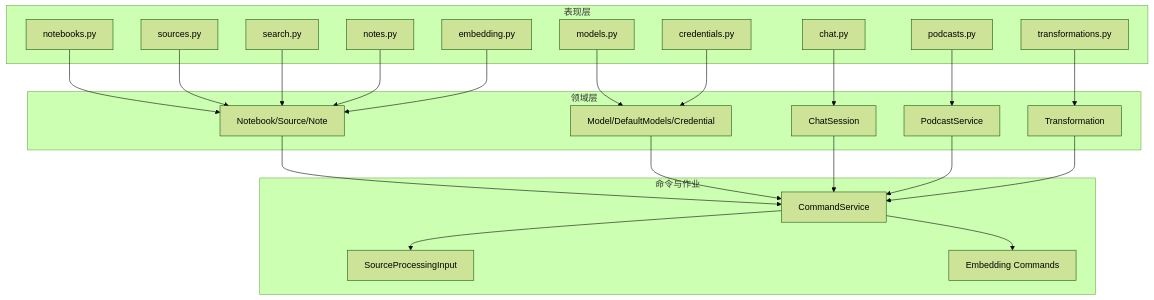
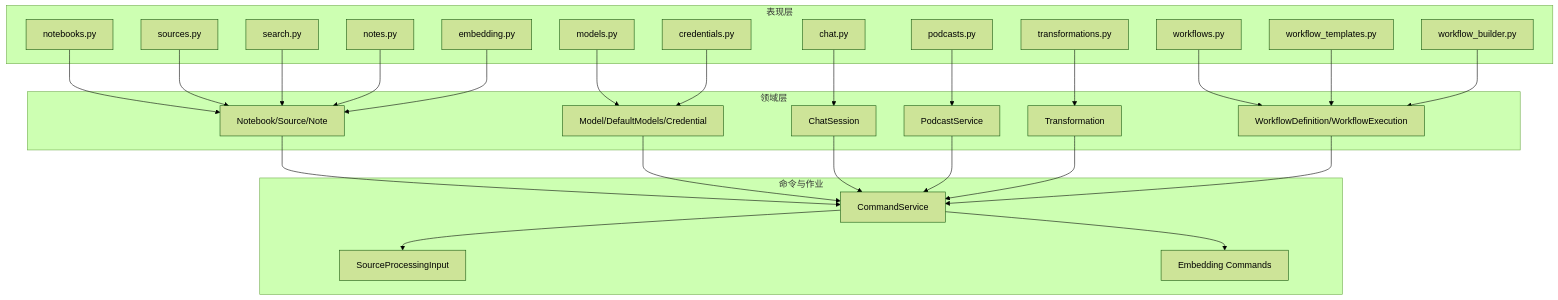
Before and after one commit to jackeyunjie/open-notebook: the second of 4 diagrams in .qoder/repowiki/zh/content/API参考文档/API参考文档.md, drawn with Mermaid (forest theme). The commit also changed other lines of this file and 24 other files, not shown here.

````diff
--- a/.qoder/repowiki/zh/content/API参考文档/API参考文档.md
+++ b/.qoder/repowiki/zh/content/API参考文档/API参考文档.md
@@ -98,44 +107,52 @@
 ```mermaid
 graph TB
 subgraph "表现层"
 R1["notebooks.py"]
 R2["sources.py"]
 R3["search.py"]
 R4["chat.py"]
 R5["podcasts.py"]
 R6["notes.py"]
 R7["models.py"]
 R8["embedding.py"]
 R9["transformations.py"]
 R10["credentials.py"]
+R11["workflows.py"]
+R12["workflow_templates.py"]
+R13["workflow_builder.py"]
 end
 subgraph "领域层"
 M1["Notebook/Source/Note"]
 M2["Model/DefaultModels/Credential"]
 M3["ChatSession"]
 M4["PodcastService"]
 M5["Transformation"]
+M6["WorkflowDefinition/WorkflowExecution"]
 end
 subgraph "命令与作业"
 C1["CommandService"]
 C2["SourceProcessingInput"]
 C3["Embedding Commands"]
 end
 R1 --> M1
 R2 --> M1
 R3 --> M1
 R4 --> M3
 R5 --> M4
 R6 --> M1
 R7 --> M2
 R8 --> M1
 R9 --> M5
 R10 --> M2
+R11 --> M6
+R12 --> M6
+R13 --> M6
 M1 --> C1
 M2 --> C1
 M3 --> C1
 M4 --> C1
 M5 --> C1
+M6 --> C1
 C1 --> C2
 C1 --> C3
 ```
````
